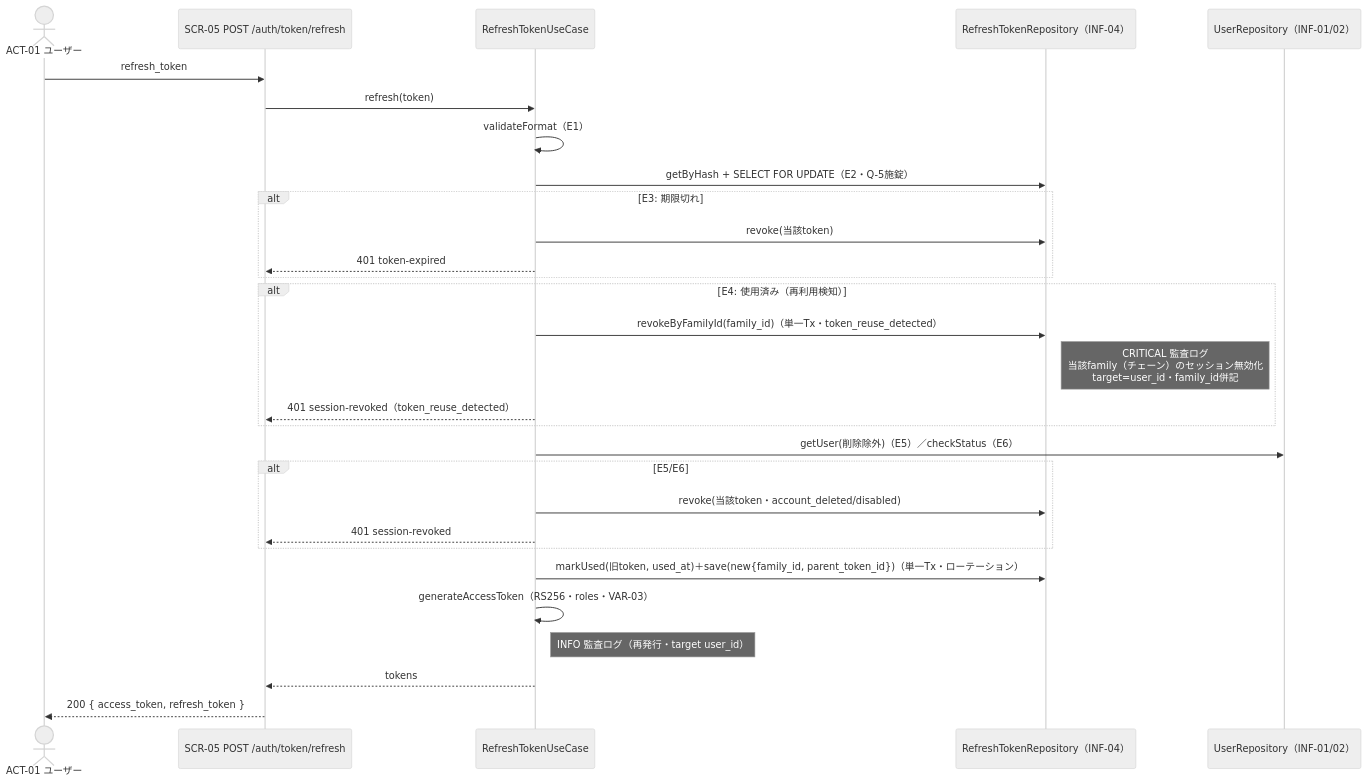
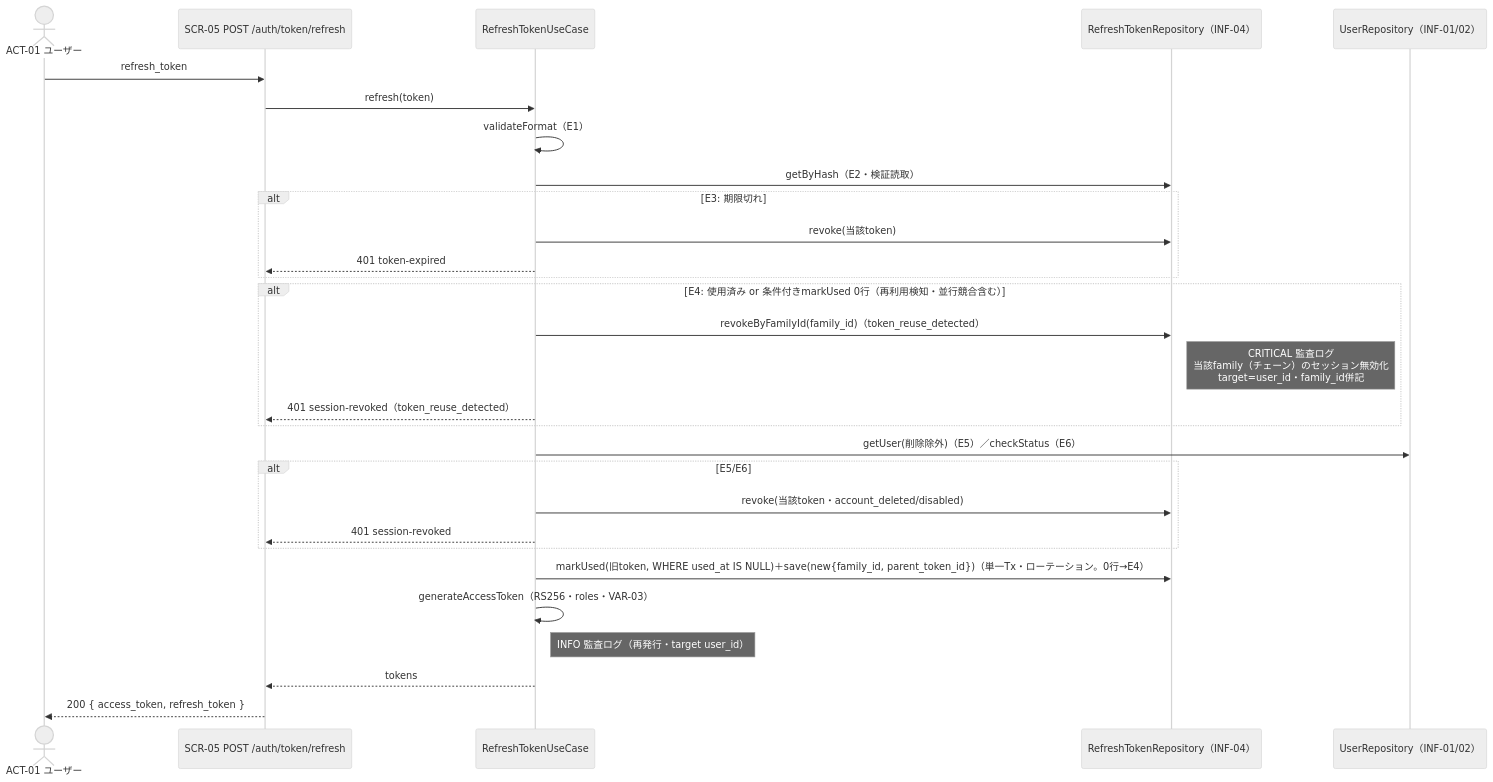
The diagram in .docs/design/uc/UC-006.md (suunet/POC_HYDRA_AUTH), drawn with Mermaid (neutral theme) before and after one commit. The commit also changed other lines of this file and 11 other files, not shown here.

````diff
--- a/.docs/design/uc/UC-006.md
+++ b/.docs/design/uc/UC-006.md
@@ -102,32 +102,32 @@
 ```mermaid
 sequenceDiagram
   actor User as ACT-01 ユーザー
   participant API as SCR-05 POST /auth/token/refresh
   participant UseCase as RefreshTokenUseCase
   participant RTRepo as RefreshTokenRepository（INF-04）
   participant UserRepo as UserRepository（INF-01/02）
 
   User->>API: refresh_token
   API->>UseCase: refresh(token)
   UseCase->>UseCase: validateFormat（E1）
-  UseCase->>RTRepo: getByHash + SELECT FOR UPDATE（E2・Q-5施錠）
+  UseCase->>RTRepo: getByHash（E2・検証読取）
   alt E3: 期限切れ
     UseCase->>RTRepo: revoke(当該token)
     UseCase-->>API: 401 token-expired
   end
-  alt E4: 使用済み（再利用検知）
-    UseCase->>RTRepo: revokeByFamilyId(family_id)（単一Tx・token_reuse_detected）
+  alt E4: 使用済み or 条件付きmarkUsed 0行（再利用検知・並行競合含む）
+    UseCase->>RTRepo: revokeByFamilyId(family_id)（token_reuse_detected）
     Note right of RTRepo: CRITICAL 監査ログ<br/>当該family（チェーン）のセッション無効化<br/>target=user_id・family_id併記
     UseCase-->>API: 401 session-revoked（token_reuse_detected）
   end
   UseCase->>UserRepo: getUser(削除除外)（E5）／checkStatus（E6）
   alt E5/E6
     UseCase->>RTRepo: revoke(当該token・account_deleted/disabled)
     UseCase-->>API: 401 session-revoked
   end
-  UseCase->>RTRepo: markUsed(旧token, used_at)＋save(new{family_id, parent_token_id})（単一Tx・ローテーション）
+  UseCase->>RTRepo: markUsed(旧token, WHERE used_at IS NULL)＋save(new{family_id, parent_token_id})（単一Tx・ローテーション。0行→E4）
   UseCase->>UseCase: generateAccessToken（RS256・roles・VAR-03）
   Note right of UseCase: INFO 監査ログ（再発行・target user_id）
   UseCase-->>API: tokens
   API-->>User: 200 { access_token, refresh_token }
 ```
````
